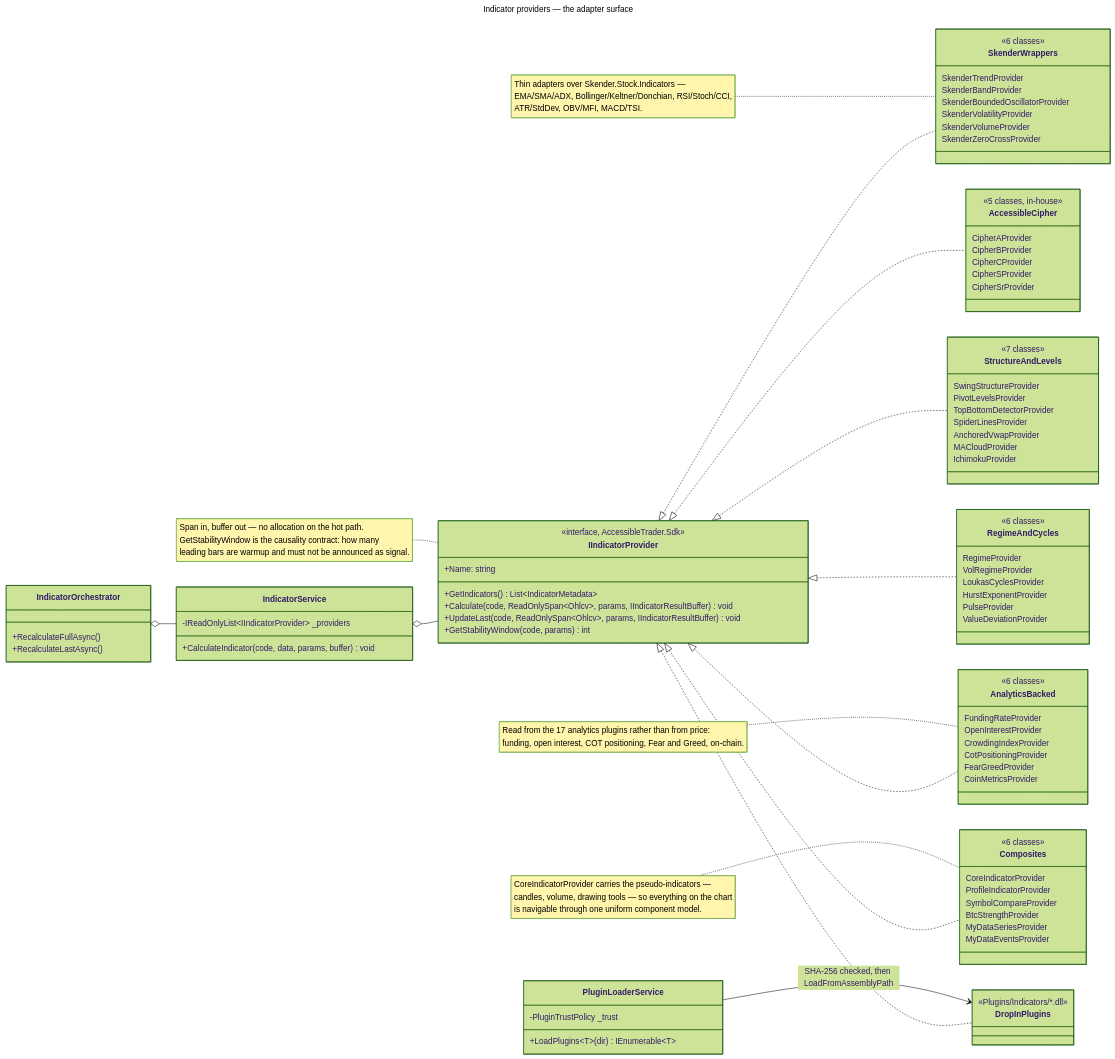
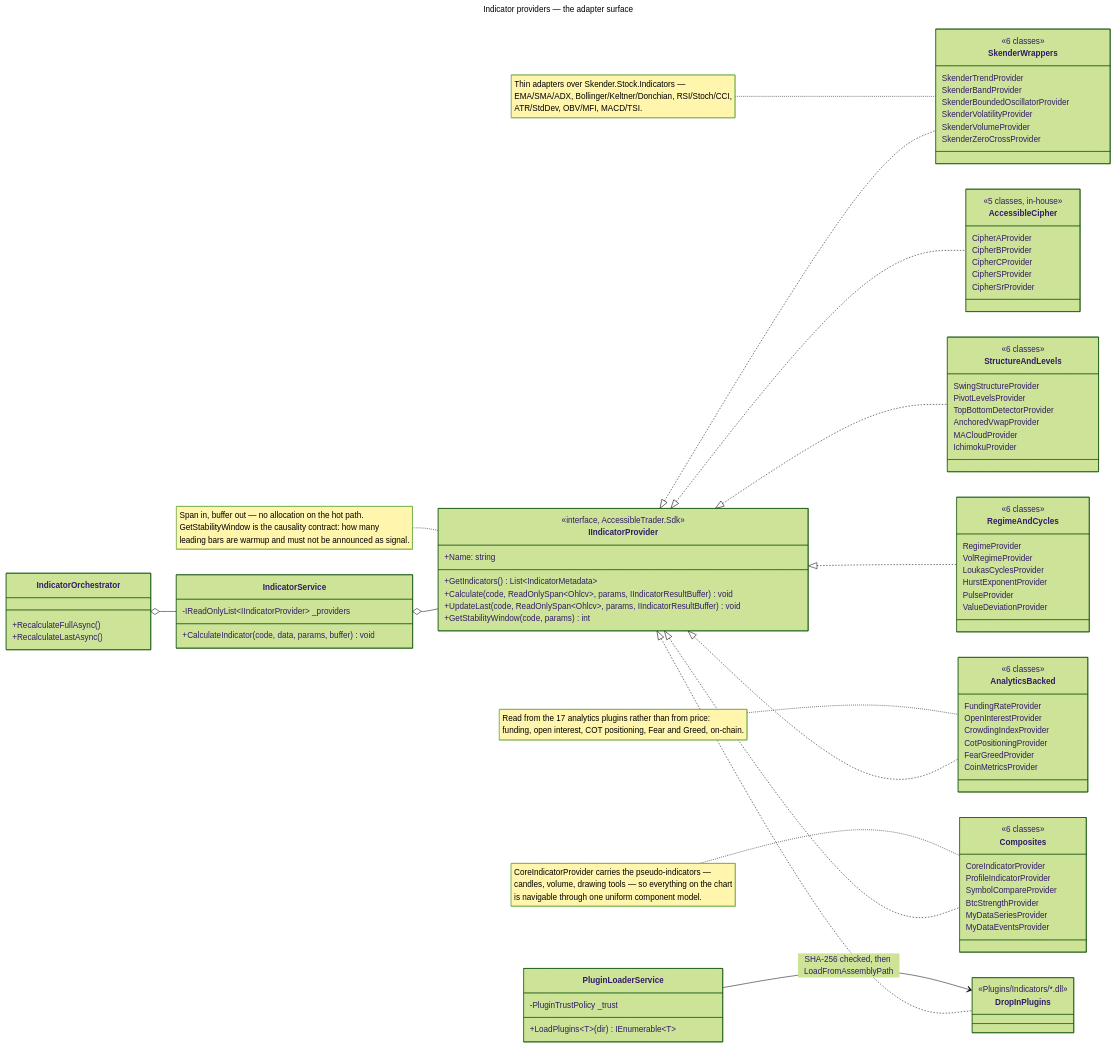
Before and after one commit to churst90/accessible-trade-terminal: the diagram in Diagrams/indicator_adapter.mmd, drawn with Mermaid (forest theme). The commit also changed 10 other files, not shown here.

First line of the commit message:
Docs: formation label contrast, Cipher B stock defaults and gold/Buy dot, Cipher A and Cipher SR rebuilt, Spider Lines removed

```diff
--- a/Diagrams/indicator_adapter.mmd
+++ b/Diagrams/indicator_adapter.mmd
@@ -1,105 +1,104 @@
 ---
 title: Indicator providers — the adapter surface
 ---
 %% Verified against the tree on 2026-08-28: 36 IIndicatorProvider implementations in
 %% AccessibleTrader.Core, grouped below by what they adapt. Drop-in DLLs under
 %% Plugins/Indicators/ implement the same SDK interface and are loaded the same way.
 classDiagram
     direction LR
 
     class IIndicatorProvider {
         <<interface, AccessibleTrader.Sdk>>
         +Name: string
         +GetIndicators() List~IndicatorMetadata~
         +Calculate(code, ReadOnlySpan~Ohlcv~, params, IIndicatorResultBuffer) void
         +UpdateLast(code, ReadOnlySpan~Ohlcv~, params, IIndicatorResultBuffer) void
         +GetStabilityWindow(code, params) int
     }
     note for IIndicatorProvider "Span in, buffer out — no allocation on the hot path.<br/>GetStabilityWindow is the causality contract: how many<br/>leading bars are warmup and must not be announced as signal."
 
     class IndicatorService {
         -IReadOnlyList~IIndicatorProvider~ _providers
         +CalculateIndicator(code, data, params, buffer) void
     }
     class IndicatorOrchestrator {
         +RecalculateFullAsync()
         +RecalculateLastAsync()
     }
     class PluginLoaderService {
         -PluginTrustPolicy _trust
         +LoadPlugins~T~(dir) IEnumerable~T~
     }
 
     class SkenderWrappers {
         <<6 classes>>
         SkenderTrendProvider
         SkenderBandProvider
         SkenderBoundedOscillatorProvider
         SkenderVolatilityProvider
         SkenderVolumeProvider
         SkenderZeroCrossProvider
     }
     class AccessibleCipher {
         <<5 classes, in-house>>
         CipherAProvider
         CipherBProvider
         CipherCProvider
         CipherSProvider
         CipherSrProvider
     }
     class StructureAndLevels {
-        <<7 classes>>
+        <<6 classes>>
         SwingStructureProvider
         PivotLevelsProvider
         TopBottomDetectorProvider
-        SpiderLinesProvider
         AnchoredVwapProvider
         MACloudProvider
         IchimokuProvider
     }
     class RegimeAndCycles {
         <<6 classes>>
         RegimeProvider
         VolRegimeProvider
         LoukasCyclesProvider
         HurstExponentProvider
         PulseProvider
         ValueDeviationProvider
     }
     class AnalyticsBacked {
         <<6 classes>>
         FundingRateProvider
         OpenInterestProvider
         CrowdingIndexProvider
         CotPositioningProvider
         FearGreedProvider
         CoinMetricsProvider
     }
     class Composites {
         <<6 classes>>
         CoreIndicatorProvider
         ProfileIndicatorProvider
         SymbolCompareProvider
         BtcStrengthProvider
         MyDataSeriesProvider
         MyDataEventsProvider
     }
     class DropInPlugins {
         <<Plugins/Indicators/*.dll>>
     }
 
     IndicatorOrchestrator o-- IndicatorService
     IndicatorService o-- IIndicatorProvider
     PluginLoaderService --> DropInPlugins : SHA-256 checked, then LoadFromAssemblyPath
 
     IIndicatorProvider <|.. SkenderWrappers
     IIndicatorProvider <|.. AccessibleCipher
     IIndicatorProvider <|.. StructureAndLevels
     IIndicatorProvider <|.. RegimeAndCycles
     IIndicatorProvider <|.. AnalyticsBacked
     IIndicatorProvider <|.. Composites
     IIndicatorProvider <|.. DropInPlugins
 
     note for SkenderWrappers "Thin adapters over Skender.Stock.Indicators —<br/>EMA/SMA/ADX, Bollinger/Keltner/Donchian, RSI/Stoch/CCI,<br/>ATR/StdDev, OBV/MFI, MACD/TSI."
     note for AnalyticsBacked "Read from the 17 analytics plugins rather than from price:<br/>funding, open interest, COT positioning, Fear and Greed, on-chain."
     note for Composites "CoreIndicatorProvider carries the pseudo-indicators —<br/>candles, volume, drawing tools — so everything on the chart<br/>is navigable through one uniform component model."
```
